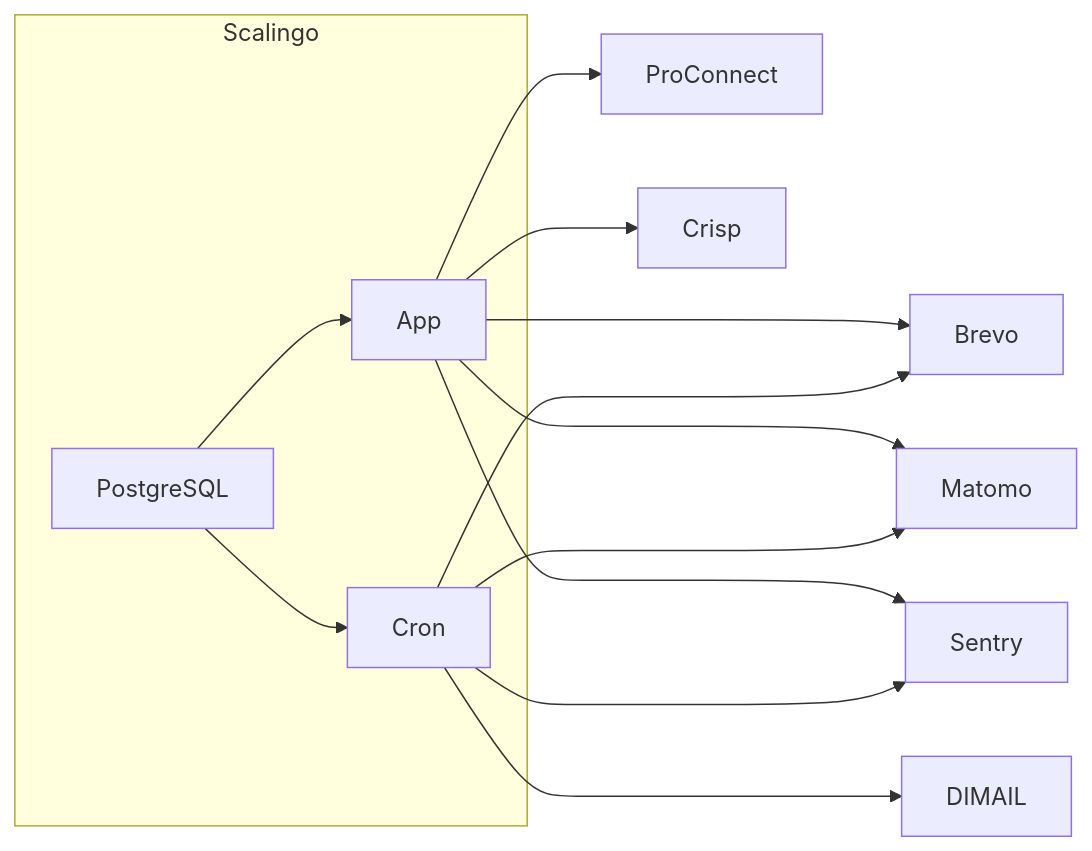
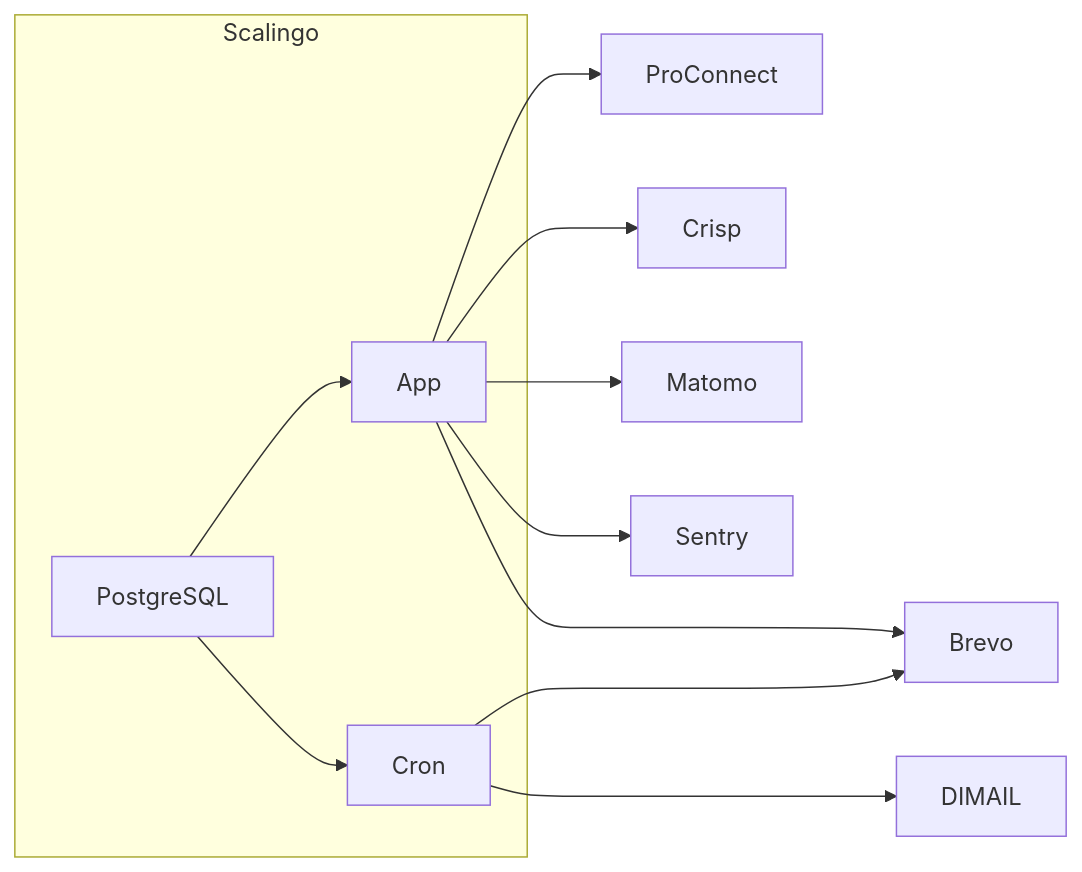
One commit to betagouv/espace-membre-next changed the second of 2 diagrams in README.md. Above: the diagram before and after it, drawn with Mermaid. The commit also changed other lines of this file, not shown here.

````diff
--- a/README.md
+++ b/README.md
@@ -114,20 +115,17 @@
 ```mermaid
 graph LR
 
 subgraph Scalingo
 PostgreSQL-->App
 PostgreSQL-->Cron
 end
 
 App-->ProConnect
 App-->Crisp
 App-->Brevo
 App-->Matomo
 App-->Sentry
 
-
 Cron--->Brevo
 Cron--->DIMAIL
-Cron--->Matomo
-Cron--->Sentry
 ```
````
